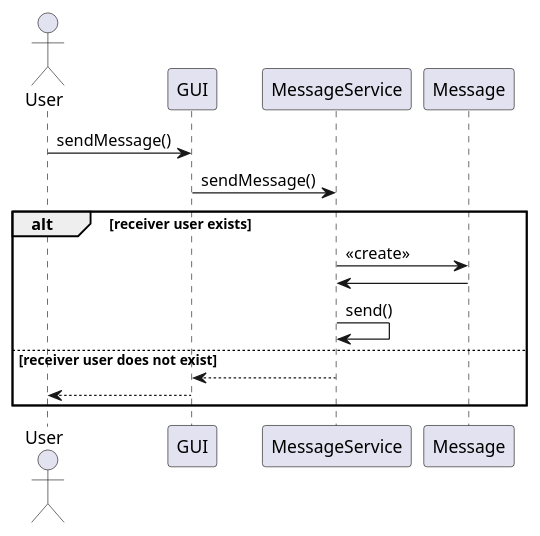
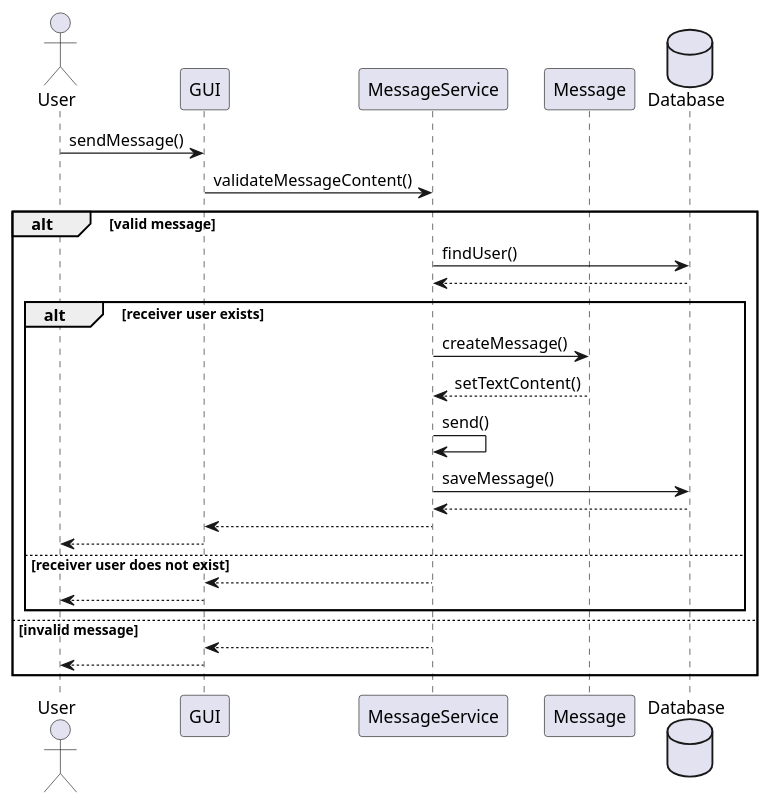
One commit to filip-stepien/software-engineering-lab changed the diagram in src/sequence_diagrams/filip/send_message.puml. Above: the diagram before and after it, drawn with PlantUML. The commit also changed 4 other files, not shown here.

Commit message:
finish seq diagrams

```diff
--- a/src/sequence_diagrams/filip/send_message.puml
+++ b/src/sequence_diagrams/filip/send_message.puml
@@ -1,18 +1,30 @@
-@startuml send_message
+@startuml
 actor User
 participant GUI
 participant MessageService
 participant Message
+database Database
 
 User -> GUI: sendMessage()
-GUI -> MessageService: sendMessage()
+GUI -> MessageService: validateMessageContent()
 
-alt receiver user exists
-MessageService -> Message: <<create>>
-Message -> MessageService
-MessageService -> MessageService: send()
-else receiver user does not exist
-MessageService --> GUI
-GUI --> User
+alt valid message
+    MessageService -> Database: findUser()
+    Database --> MessageService
+    alt receiver user exists
+        MessageService -> Message: createMessage()
+        Message --> MessageService: setTextContent() 
+        MessageService -> MessageService: send()
+        MessageService -> Database: saveMessage()
+        Database --> MessageService 
+        MessageService --> GUI
+        GUI --> User
+    else receiver user does not exist
+        MessageService --> GUI
+        GUI --> User
+    end
+else invalid message
+    MessageService --> GUI
+    GUI --> User
 end
 @enduml
```
